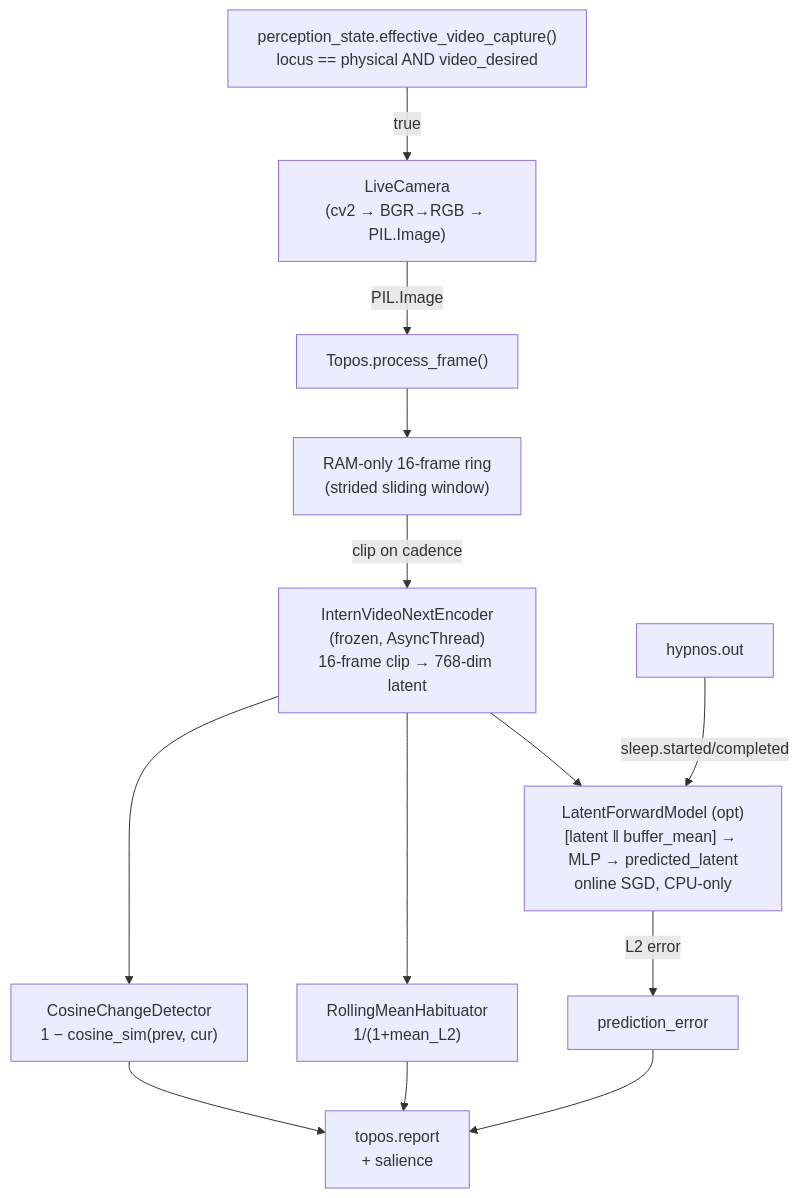
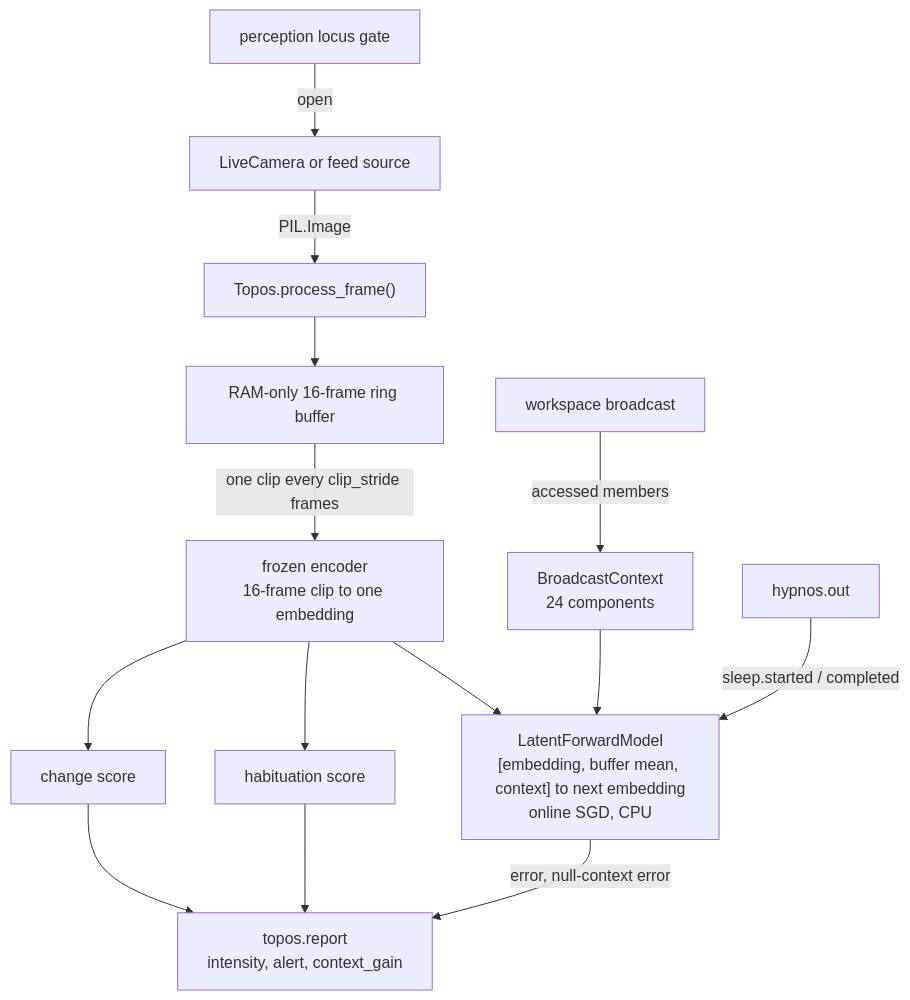
The diagram in docs/09-modules/topos.md (kaineone/kaine), drawn with Mermaid before and after one commit. The commit also changed other lines of this file and 72 other files, not shown here.

````diff
--- a/docs/09-modules/topos.md
+++ b/docs/09-modules/topos.md
@@ -127,19 +203,20 @@
 ```mermaid
 graph TD
-    Cam["LiveCamera\n(cv2 → BGR→RGB → PIL.Image)"]
-    LocusGate["perception_state.effective_video_capture()\nlocus == physical AND video_desired"]
-    LocusGate -->|true| Cam
+    Cam["LiveCamera or feed source"]
+    LocusGate["perception locus gate"]
+    LocusGate -->|open| Cam
     Cam -->|PIL.Image| ProcessFrame["Topos.process_frame()"]
 
-    ProcessFrame --> RingBuf["RAM-only 16-frame ring\n(strided sliding window)"]
-    RingBuf -->|clip on cadence| Encode["InternVideoNextEncoder\n(frozen, AsyncThread)\n16-frame clip → 768-dim latent"]
-    Encode --> ChangeD["CosineChangeDetector\n1 − cosine_sim(prev, cur)"]
-    Encode --> Habituator["RollingMeanHabituator\n1/(1+mean_L2)"]
-    Encode --> FwdModel["LatentForwardModel (opt)\n[latent ‖ buffer_mean] → MLP → predicted_latent\nonline SGD, CPU-only"]
-    FwdModel -->|L2 error| PredError["prediction_error"]
-    ChangeD --> ToposReport["topos.report\n+ salience"]
-    Habituator --> ToposReport
-    PredError --> ToposReport
+    ProcessFrame --> RingBuf["RAM-only 16-frame ring buffer"]
+    RingBuf -->|one clip every clip_stride frames| Encode["frozen encoder\n16-frame clip to one embedding"]
+    Encode --> ChangeD["change score"]
+    Encode --> Habituator["habituation score"]
+    Encode --> FwdModel["LatentForwardModel\n[embedding, buffer mean, context] to next embedding\nonline SGD, CPU"]
+    WS["workspace broadcast"] -->|accessed members| Ctx["BroadcastContext\n24 components"]
+    Ctx --> FwdModel
+    FwdModel -->|error, null-context error| Report["topos.report\nintensity, alert, context_gain"]
+    ChangeD --> Report
+    Habituator --> Report
 
-    HypnosOut["hypnos.out"] -->|sleep.started/completed| FwdModel
+    HypnosOut["hypnos.out"] -->|sleep.started / completed| FwdModel
 ```
````
